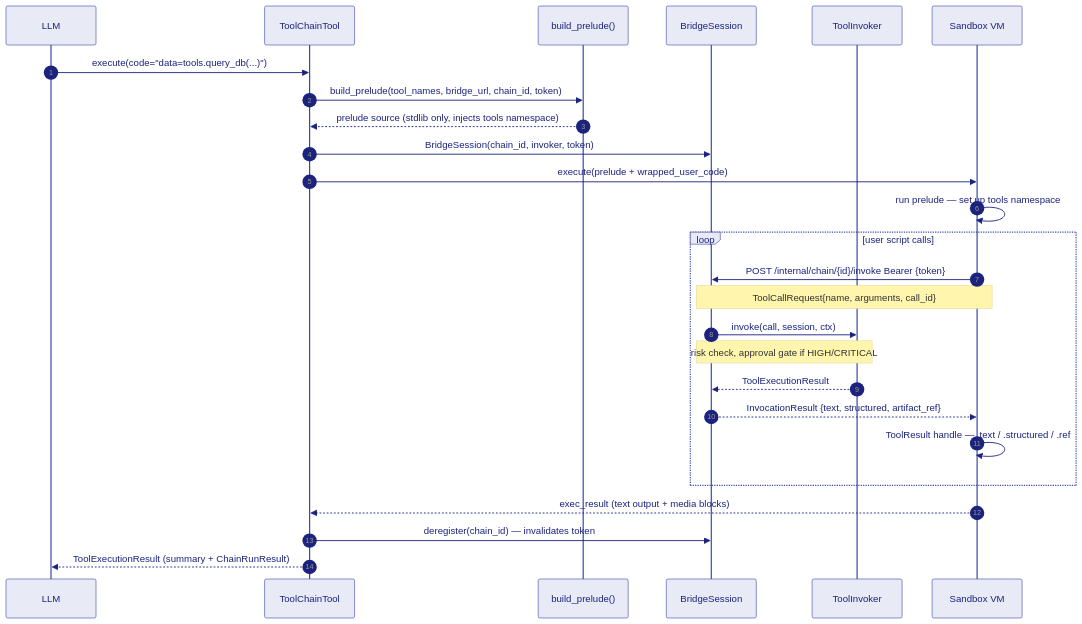
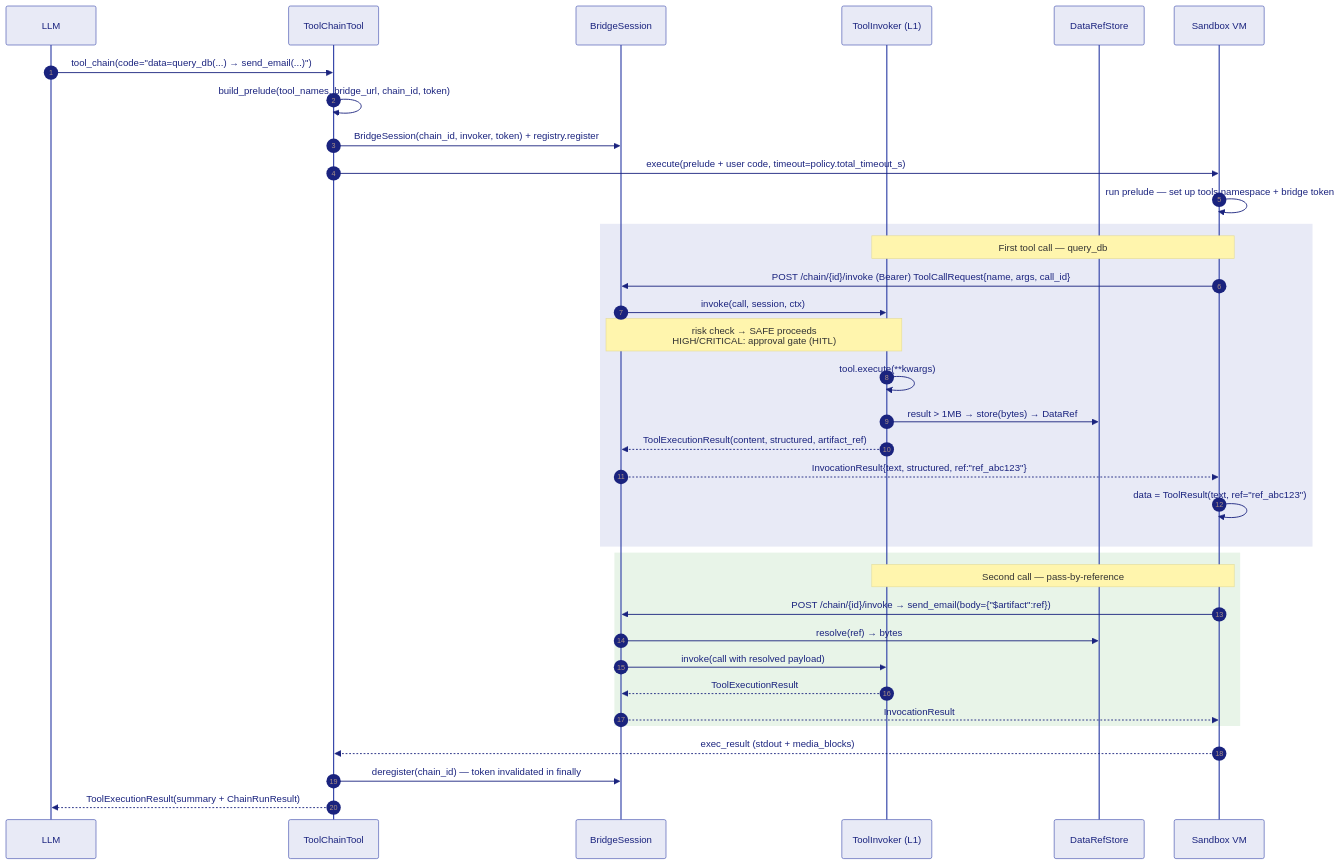
Before and after one commit to Ravikumarchavva/agent-substrate: the second of 2 diagrams in agents/agent-substrate/docs/capabilities/03-tool-chain.md, drawn with Mermaid. The commit also changed other lines of this file and 10 other files, not shown here.

First line of the commit message:
Refactor documentation diagrams and enhance Mermaid integration

````diff
--- a/agents/agent-substrate/docs/capabilities/03-tool-chain.md
+++ b/agents/agent-substrate/docs/capabilities/03-tool-chain.md
@@ -53,35 +50,43 @@
 ```mermaid
 %%{init: {'theme': 'base', 'themeVariables': {'primaryColor': '#E8EAF6','primaryTextColor': '#1A237E','primaryBorderColor': '#3949AB','lineColor': '#546E7A','fontSize': '13px'}}}%%
 sequenceDiagram
     autonumber
     participant LLM
     participant TCT as ToolChainTool
-    participant PRE as build_prelude()
     participant BRIDGE as BridgeSession
-    participant INV as ToolInvoker
+    participant INV as ToolInvoker (L1)
+    participant DRS as DataRefStore
     participant VM as Sandbox VM
 
-    LLM->>TCT: execute(code="data=tools.query_db(...)")
+    LLM->>TCT: tool_chain(code="data=query_db(...) → send_email(...)")
 
-    TCT->>PRE: build_prelude(tool_names, bridge_url, chain_id, token)
-    PRE-->>TCT: prelude source (stdlib only, injects tools namespace)
+    TCT->>TCT: build_prelude(tool_names, bridge_url, chain_id, token)
+    TCT->>BRIDGE: BridgeSession(chain_id, invoker, token) + registry.register
+    TCT->>VM: execute(prelude + user code, timeout=policy.total_timeout_s)
+    VM->>VM: run prelude — set up tools namespace + bridge token
 
-    TCT->>BRIDGE: BridgeSession(chain_id, invoker, token)
-    TCT->>VM: execute(prelude + wrapped_user_code)
-
-    VM->>VM: run prelude — set up tools namespace
-
-    loop user script calls
-        VM->>BRIDGE: POST /internal/chain/{id}/invoke  Bearer {token}
-        Note over VM,BRIDGE: ToolCallRequest{name, arguments, call_id}
+    rect rgb(232, 234, 246)
+        Note over VM,INV: First tool call — query_db
+        VM->>BRIDGE: POST /chain/{id}/invoke (Bearer) ToolCallRequest{name, args, call_id}
         BRIDGE->>INV: invoke(call, session, ctx)
-        Note over BRIDGE,INV: risk check, approval gate if HIGH/CRITICAL
-        INV-->>BRIDGE: ToolExecutionResult
-        BRIDGE-->>VM: InvocationResult {text, structured, artifact_ref}
-        VM->>VM: ToolResult handle — .text / .structured / .ref
+        Note over BRIDGE,INV: risk check → SAFE proceeds<br/>HIGH/CRITICAL: approval gate (HITL)
+        INV->>INV: tool.execute(**kwargs)
+        INV->>DRS: result > 1MB → store(bytes) → DataRef
+        INV-->>BRIDGE: ToolExecutionResult(content, structured, artifact_ref)
+        BRIDGE-->>VM: InvocationResult{text, structured, ref:"ref_abc123"}
+        VM->>VM: data = ToolResult(text, ref="ref_abc123")
     end
 
-    VM-->>TCT: exec_result (text output + media blocks)
-    TCT->>BRIDGE: deregister(chain_id)  — invalidates token
-    TCT-->>LLM: ToolExecutionResult (summary + ChainRunResult)
+    rect rgb(232, 244, 232)
+        Note over VM,INV: Second call — pass-by-reference
+        VM->>BRIDGE: POST /chain/{id}/invoke → send_email(body={"$artifact":ref})
+        BRIDGE->>DRS: resolve(ref) → bytes
+        BRIDGE->>INV: invoke(call with resolved payload)
+        INV-->>BRIDGE: ToolExecutionResult
+        BRIDGE-->>VM: InvocationResult
+    end
+
+    VM-->>TCT: exec_result (stdout + media_blocks)
+    TCT->>BRIDGE: deregister(chain_id) — token invalidated in finally
+    TCT-->>LLM: ToolExecutionResult(summary + ChainRunResult)
 ```
````
